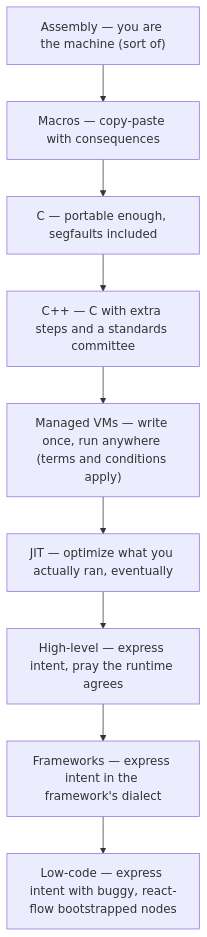
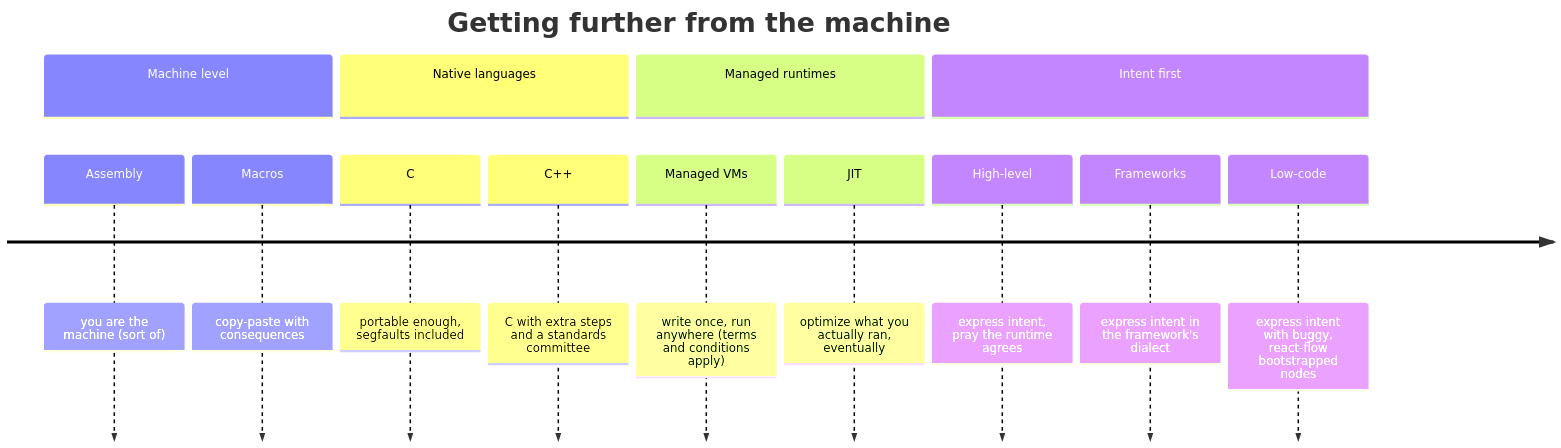
The diagram in site/website/src/content/docs/book/00-why-beskid-exists/shoulders-of-giants.md (Cyber-Nomad-Collective/beskid), drawn with Mermaid before and after one commit. The commit also changed 60 other files, not shown here.

````diff
--- a/site/website/src/content/docs/book/00-why-beskid-exists/shoulders-of-giants.md
+++ b/site/website/src/content/docs/book/00-why-beskid-exists/shoulders-of-giants.md
@@ -13,14 +13,19 @@
 ```mermaid
-flowchart TB
-  assembly["Assembly — you are the machine (sort of)"]
-  macros["Macros — copy-paste with consequences"]
-  c["C — portable enough, segfaults included"]
-  cpp["C++ — C with extra steps and a standards committee"]
-  vms["Managed VMs — write once, run anywhere (terms and conditions apply)"]
-  jit["JIT — optimize what you actually ran, eventually"]
-  highlevel["High-level — express intent, pray the runtime agrees"]
-  frameworks["Frameworks — express intent in the framework's dialect"]
-  lowcode["Low-code — express intent with buggy, react-flow bootstrapped nodes"]
-
-  assembly --> macros --> c --> cpp --> vms --> jit --> highlevel --> frameworks --> lowcode
+timeline
+  accTitle: From assembly to low-code
+  accDescr: Stages of moving further from the machine, from assembly through native languages and managed runtimes to frameworks and low-code.
+  title Getting further from the machine
+  section Machine level
+    Assembly : you are the machine (sort of)
+    Macros : copy-paste with consequences
+  section Native languages
+    C : portable enough, segfaults included
+    C++ : C with extra steps and a standards committee
+  section Managed runtimes
+    Managed VMs : write once, run anywhere (terms and conditions apply)
+    JIT : optimize what you actually ran, eventually
+  section Intent first
+    High-level : express intent, pray the runtime agrees
+    Frameworks : express intent in the framework's dialect
+    Low-code : express intent with buggy, react-flow bootstrapped nodes
 ```
````
